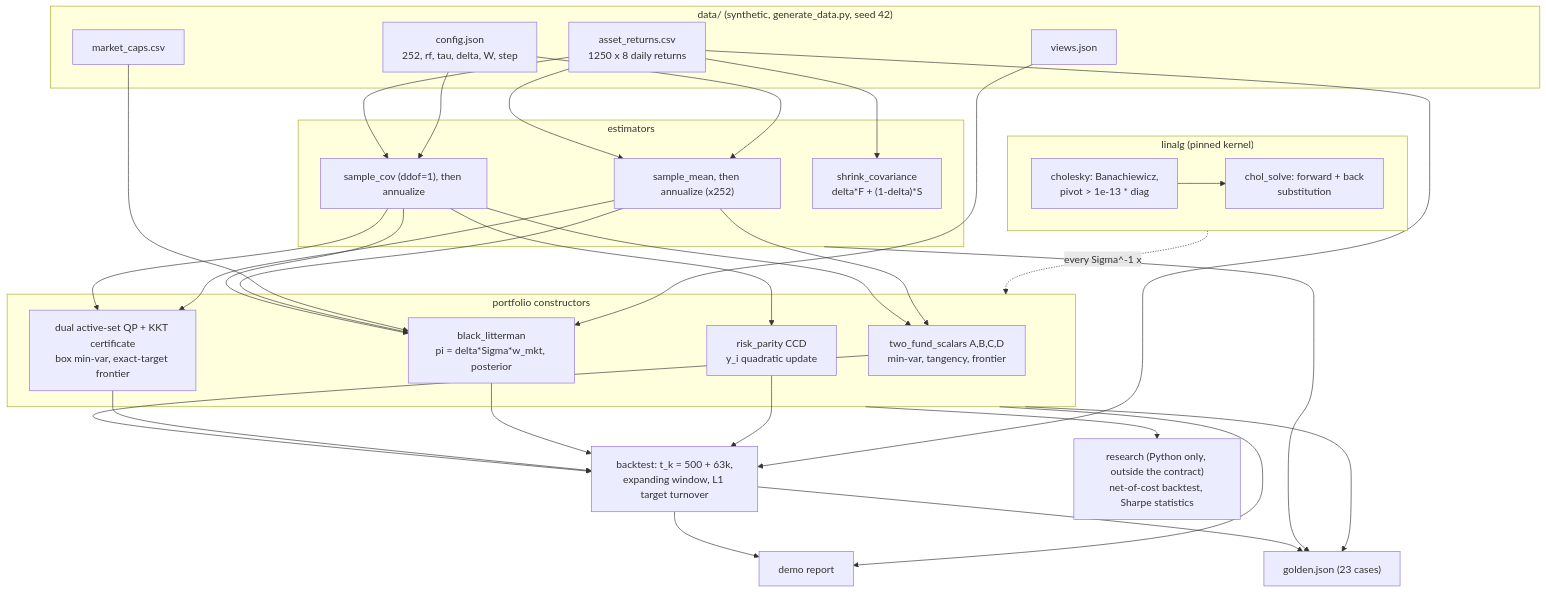
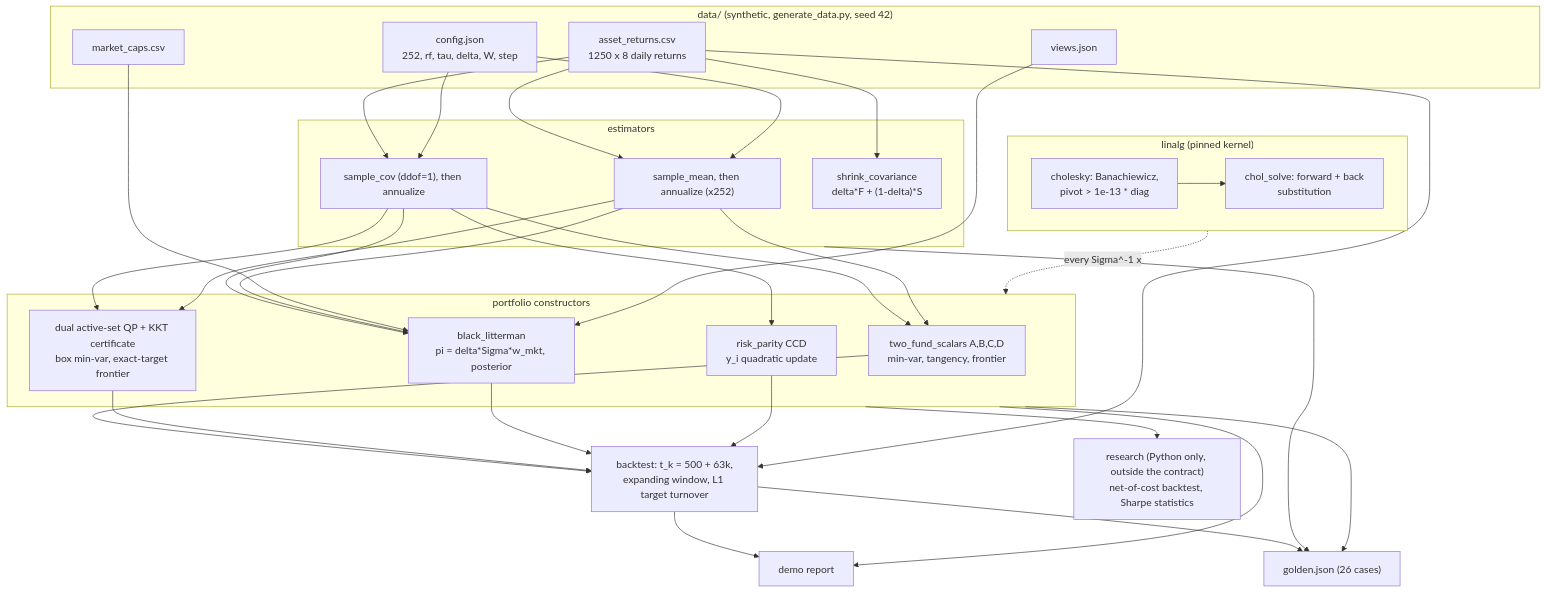
One commit to AshJha0/portfolio-construction changed the third of 10 diagrams in docs/ARCHITECTURE.md. Above: the diagram before and after it, drawn with Mermaid. The commit also changed other lines of this file and 22 other files, not shown here.

````diff
--- a/docs/ARCHITECTURE.md
+++ b/docs/ARCHITECTURE.md
@@ -48,60 +100,60 @@
 ```mermaid
 flowchart TD
     subgraph DATA["data/ (synthetic, generate_data.py, seed 42)"]
         RET["asset_returns.csv<br/>1250 x 8 daily returns"]
         CAPS[market_caps.csv]
         VIEWS[views.json]
         CFG["config.json<br/>252, rf, tau, delta, W, step"]
     end
 
     subgraph EST["estimators"]
         MU["sample_mean, then annualize (x252)"]
         COV["sample_cov (ddof=1), then annualize"]
         LW["shrink_covariance<br/>delta*F + (1-delta)*S"]
     end
 
     subgraph LA["linalg (pinned kernel)"]
         CHOL["cholesky: Banachiewicz,<br/>pivot > 1e-13 * diag"]
         SOLVE["chol_solve: forward + back<br/>substitution"]
     end
 
     subgraph OPT["portfolio constructors"]
         TF["two_fund_scalars A,B,C,D<br/>min-var, tangency, frontier"]
         QP["dual active-set QP + KKT certificate<br/>box min-var, exact-target frontier"]
         BL["black_litterman<br/>pi = delta*Sigma*w_mkt, posterior"]
         RP["risk_parity CCD<br/>y_i quadratic update"]
     end
 
     BT["backtest: t_k = 500 + 63k,<br/>expanding window, L1 target turnover"]
     RES["research (Python only, outside the contract)<br/>net-of-cost backtest, Sharpe statistics"]
-    OUTG["golden.json (23 cases)"]
+    OUTG["golden.json (26 cases)"]
     OUTD["demo report"]
 
     RET --> MU
     RET --> COV
     RET --> LW
     CFG --> MU
     CFG --> COV
     COV --> TF
     COV --> QP
     COV --> BL
     COV --> RP
     MU --> TF
     MU --> QP
     MU --> BL
     CAPS --> BL
     VIEWS --> BL
     CHOL --> SOLVE
     LA -. "every Sigma^-1 x" .-> OPT
     TF --> BT
     QP --> BT
     BL --> BT
     RP --> BT
     RET --> BT
     OPT --> RES
     BT --> OUTD
     EST --> OUTG
     OPT --> OUTG
     BT --> OUTG
     OPT --> OUTD
 ```
````
